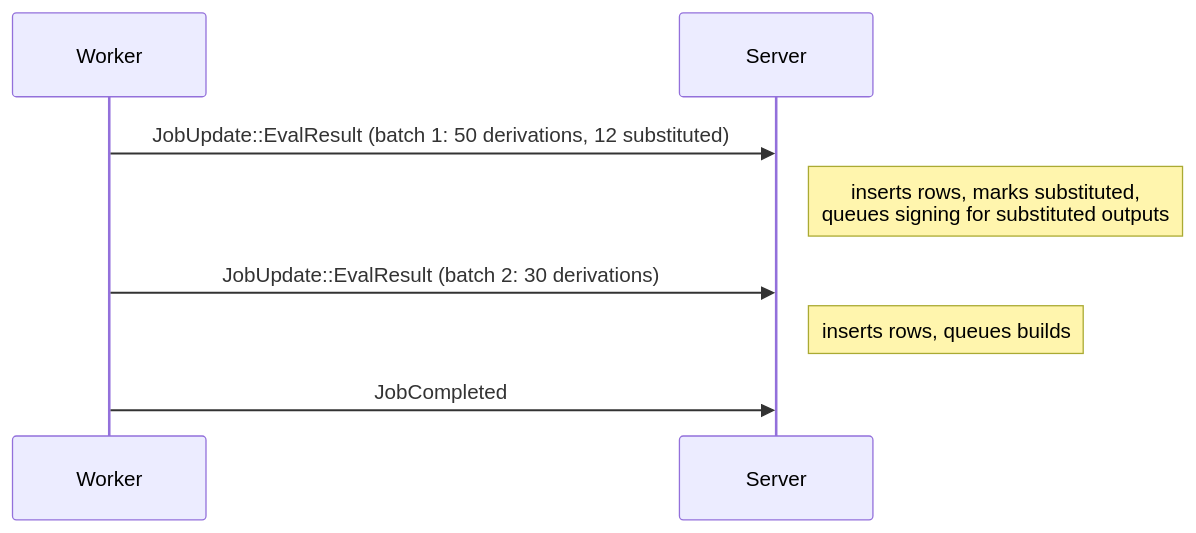
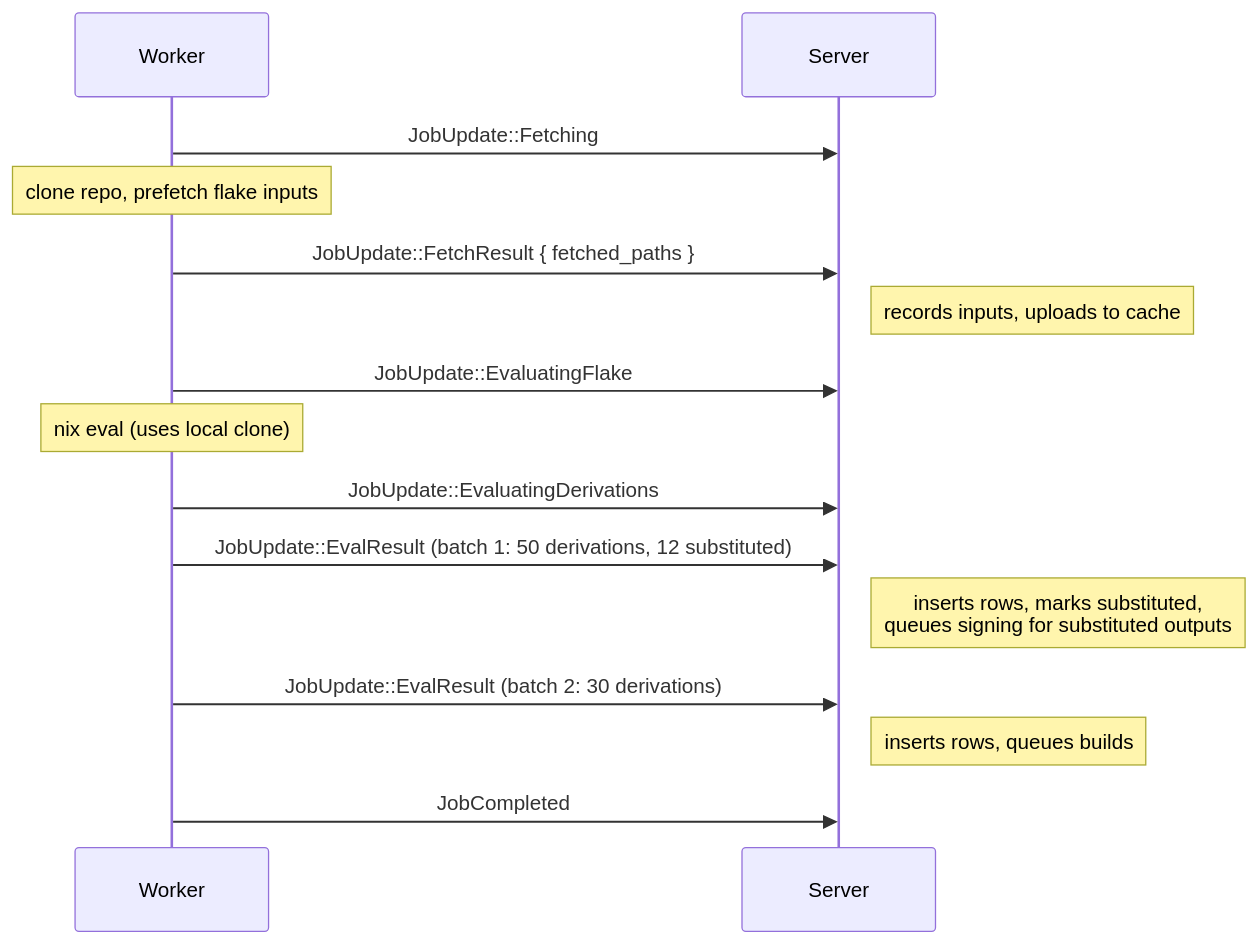
One commit to wavelens/gradient changed diagram 11 of 21 in docs/src/development/proto.md. Above: the diagram before and after it, drawn with Mermaid. The commit also changed other lines of this file and 11 other files, not shown here.

````diff
--- a/docs/src/development/proto.md
+++ b/docs/src/development/proto.md
@@ -396,11 +426,18 @@
 ```mermaid
 sequenceDiagram
     participant W as Worker
     participant S as Server
 
+    W->>S: JobUpdate::Fetching
+    Note over W: clone repo, prefetch flake inputs
+    W->>S: JobUpdate::FetchResult { fetched_paths }
+    Note right of S: records inputs, uploads to cache
+    W->>S: JobUpdate::EvaluatingFlake
+    Note over W: nix eval (uses local clone)
+    W->>S: JobUpdate::EvaluatingDerivations
     W->>S: JobUpdate::EvalResult (batch 1: 50 derivations, 12 substituted)
     Note right of S: inserts rows, marks substituted,<br/>queues signing for substituted outputs
     W->>S: JobUpdate::EvalResult (batch 2: 30 derivations)
     Note right of S: inserts rows, queues builds
     W->>S: JobCompleted
 ```
````
